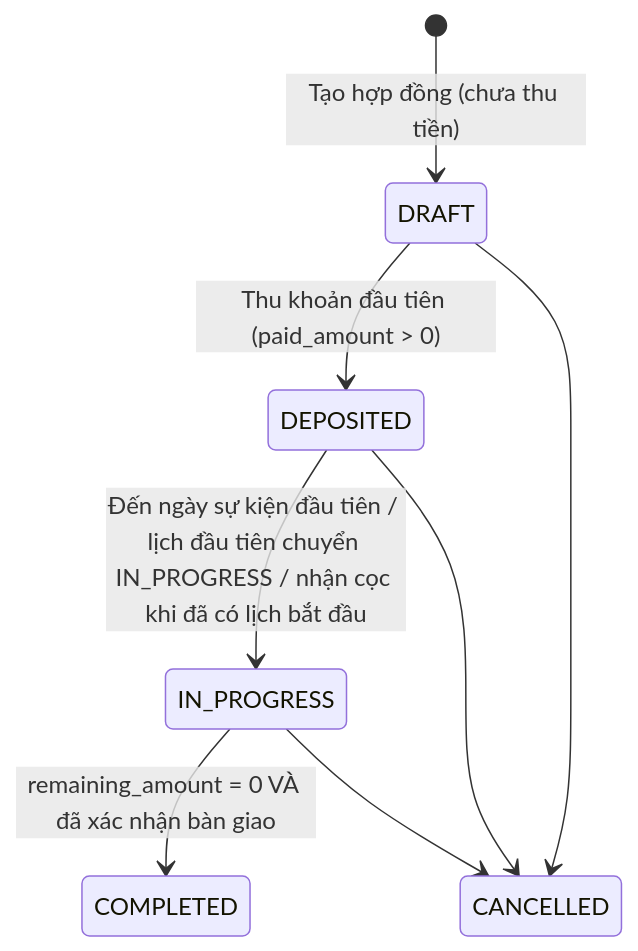
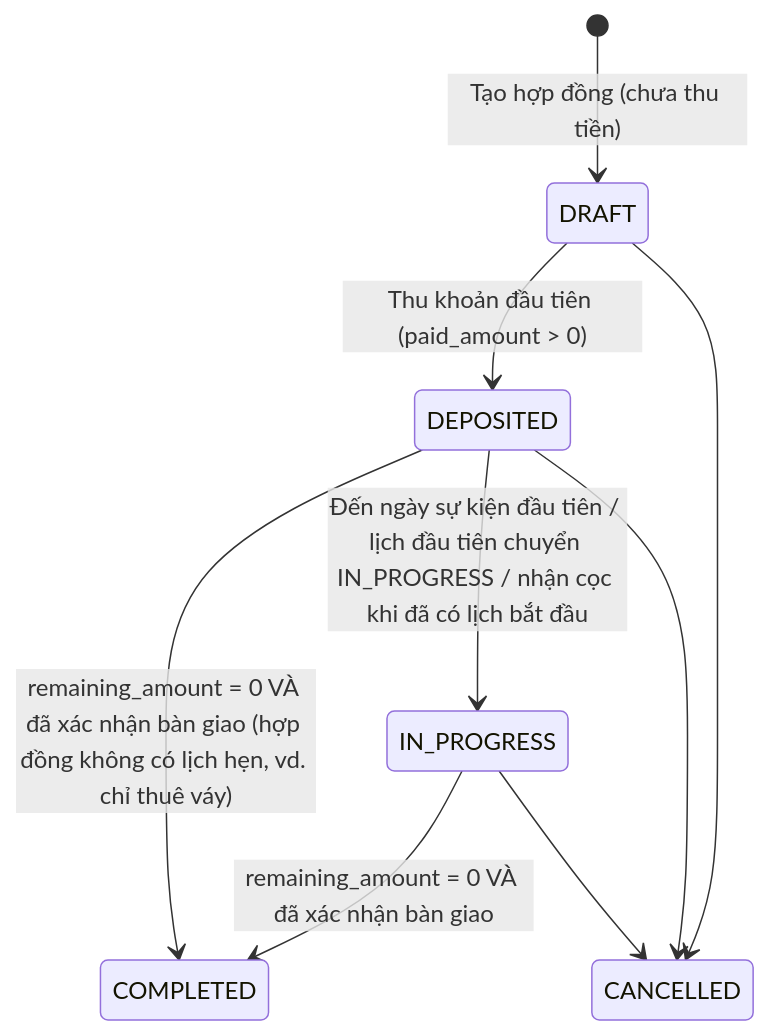
One commit to WhIm1598/wedding-event changed the first of 3 diagrams in docs/features/detailed_functional_specification.md. Above: the diagram before and after it, drawn with Mermaid. The commit also changed other lines of this file and 8 other files, not shown here.

````diff
--- a/docs/features/detailed_functional_specification.md
+++ b/docs/features/detailed_functional_specification.md
@@ -139,10 +139,11 @@
 ```mermaid
 stateDiagram-v2
     [*] --> DRAFT: Tạo hợp đồng (chưa thu tiền)
     DRAFT --> DEPOSITED: Thu khoản đầu tiên (paid_amount > 0)
     DEPOSITED --> IN_PROGRESS: Đến ngày sự kiện đầu tiên / lịch đầu tiên chuyển IN_PROGRESS / nhận cọc khi đã có lịch bắt đầu
     IN_PROGRESS --> COMPLETED: remaining_amount = 0 VÀ đã xác nhận bàn giao
+    DEPOSITED --> COMPLETED: remaining_amount = 0 VÀ đã xác nhận bàn giao (hợp đồng không có lịch hẹn, vd. chỉ thuê váy)
     DRAFT --> CANCELLED
     DEPOSITED --> CANCELLED
     IN_PROGRESS --> CANCELLED
 ```
````
